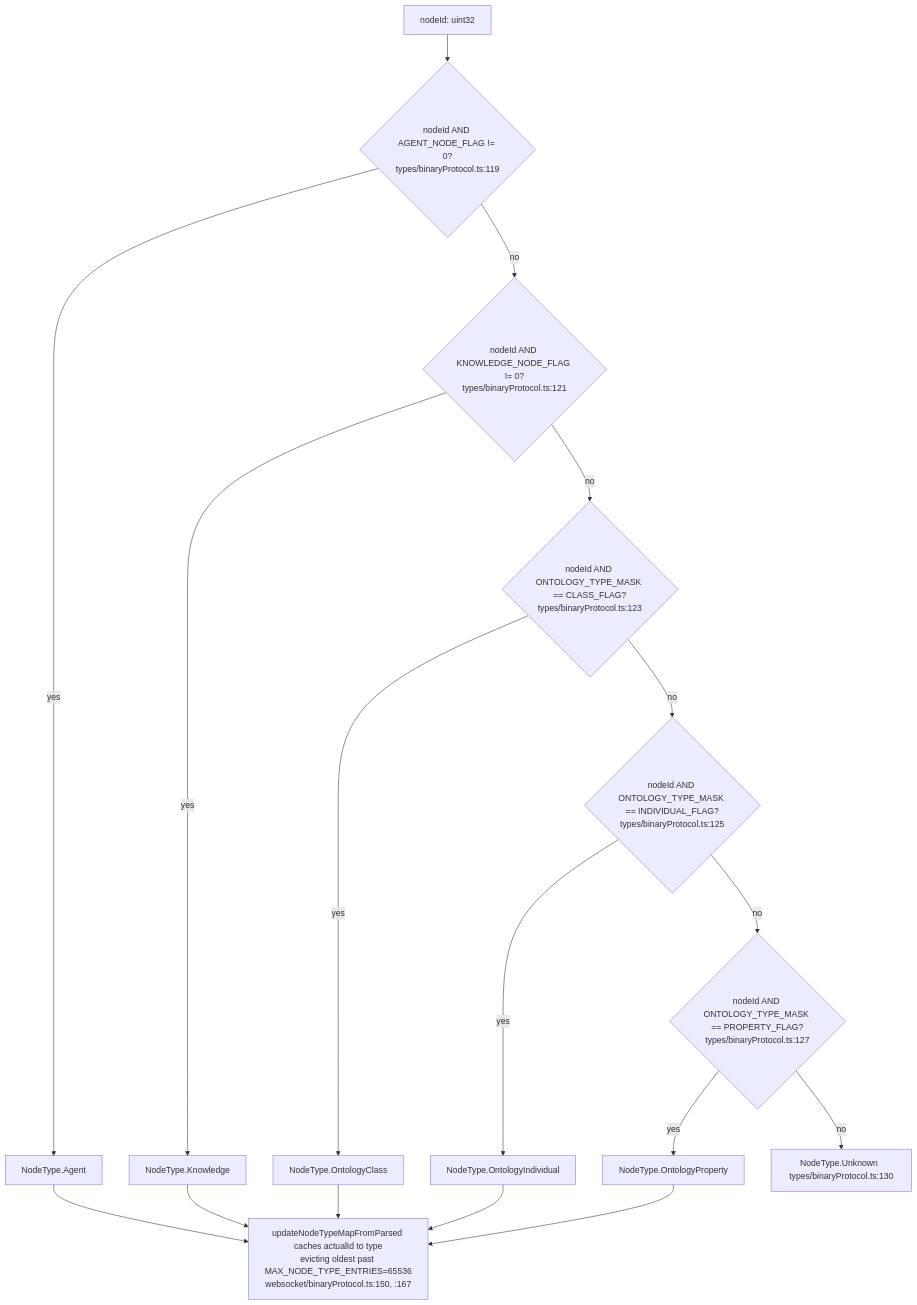
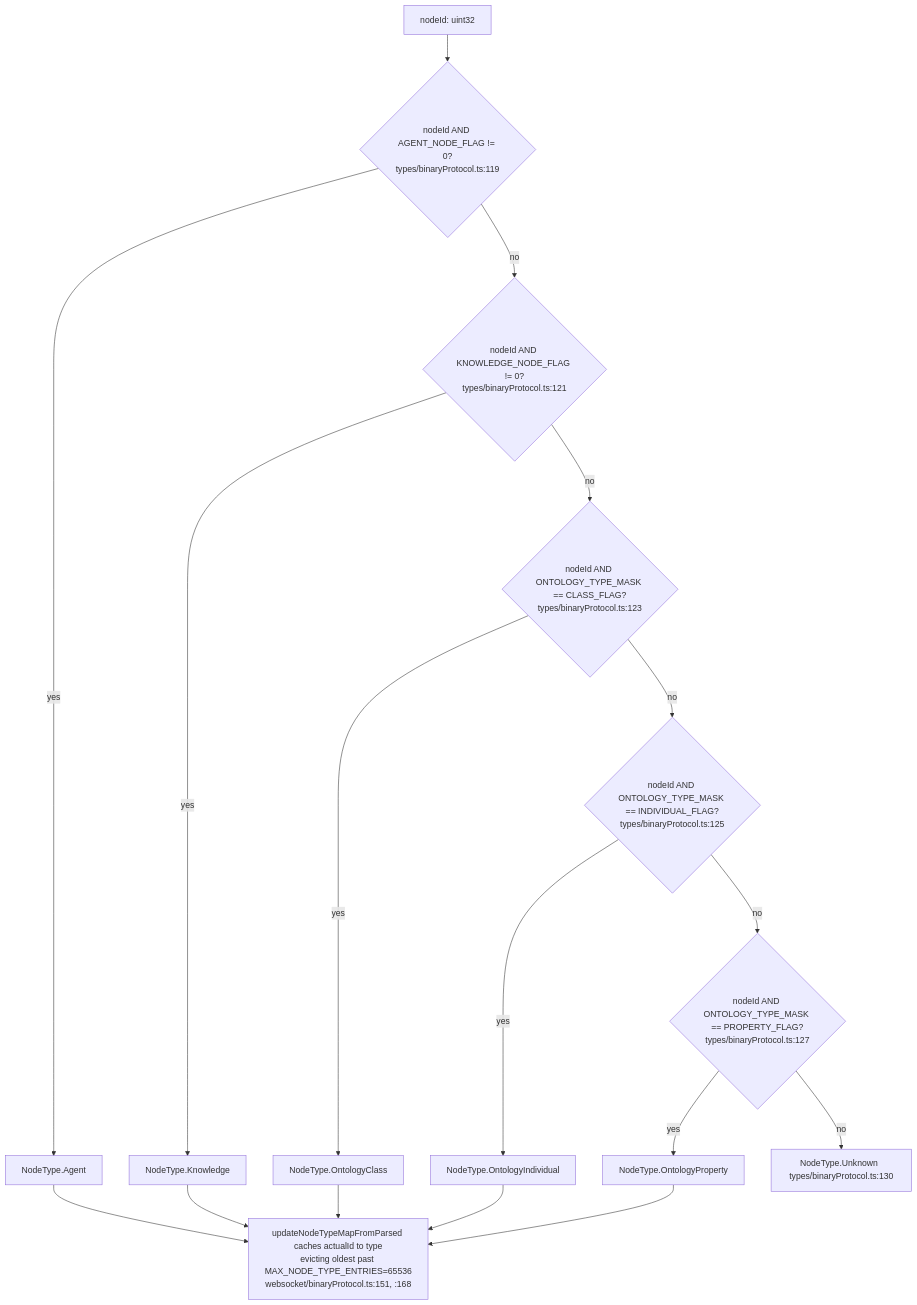
One commit to DreamLab-AI/VisionFlow changed the seventh of 14 diagrams in docs/diagrams/visionclaw/32-client-websocket-and-binary.md. Above: the diagram before and after it, drawn with Mermaid. The commit also changed other lines of this file and 173 other files, not shown here.

````diff
--- a/docs/diagrams/visionclaw/32-client-websocket-and-binary.md
+++ b/docs/diagrams/visionclaw/32-client-websocket-and-binary.md
@@ -312,19 +318,19 @@
 ```mermaid
 flowchart TD
     A["nodeId: uint32"] --> B{"nodeId AND AGENT_NODE_FLAG != 0?<br/>types/binaryProtocol.ts:119"}
     B -- yes --> AG["NodeType.Agent"]
     B -- no --> C{"nodeId AND KNOWLEDGE_NODE_FLAG != 0?<br/>types/binaryProtocol.ts:121"}
     C -- yes --> KN["NodeType.Knowledge"]
     C -- no --> D{"nodeId AND ONTOLOGY_TYPE_MASK == CLASS_FLAG?<br/>types/binaryProtocol.ts:123"}
     D -- yes --> OC["NodeType.OntologyClass"]
     D -- no --> E{"nodeId AND ONTOLOGY_TYPE_MASK == INDIVIDUAL_FLAG?<br/>types/binaryProtocol.ts:125"}
     E -- yes --> OI["NodeType.OntologyIndividual"]
     E -- no --> F{"nodeId AND ONTOLOGY_TYPE_MASK == PROPERTY_FLAG?<br/>types/binaryProtocol.ts:127"}
     F -- yes --> OP["NodeType.OntologyProperty"]
     F -- no --> UN["NodeType.Unknown  types/binaryProtocol.ts:130"]
-    AG --> G["updateNodeTypeMapFromParsed caches actualId to type<br/>evicting oldest past MAX_NODE_TYPE_ENTRIES=65536<br/>websocket/binaryProtocol.ts:150, :167"]
+    AG --> G["updateNodeTypeMapFromParsed caches actualId to type<br/>evicting oldest past MAX_NODE_TYPE_ENTRIES=65536<br/>websocket/binaryProtocol.ts:151, :168"]
     KN --> G
     OC --> G
     OI --> G
     OP --> G
 ```
````
